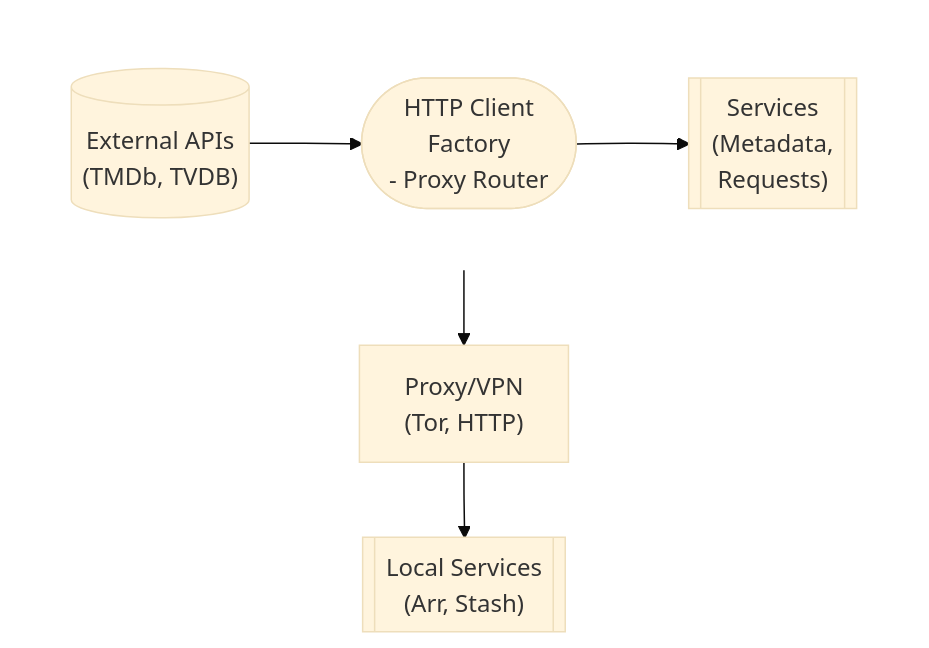
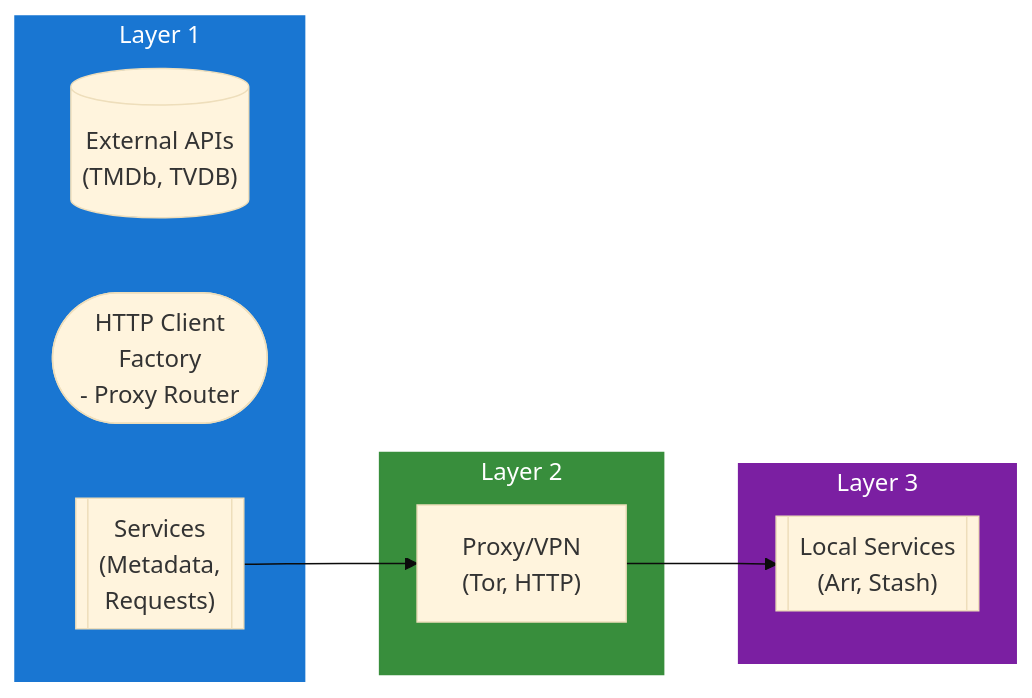
One commit to lusoris/revenge changed the diagram in docs/dev/design/services/HTTP_CLIENT.md. Above: the diagram before and after it, drawn with Mermaid (base theme). The commit also changed 215 other files, not shown here.

First line of the commit message:
feat(diagrams): convert all ASCII diagrams to Mermaid with LR subgraphs

````diff
--- a/docs/dev/design/services/HTTP_CLIENT.md
+++ b/docs/dev/design/services/HTTP_CLIENT.md
@@ -126,18 +126,25 @@
 ```mermaid
-flowchart TD
-    subgraph row1[ ]
-        direction LR
+flowchart LR
+    subgraph Layer1["Layer 1"]
         node1[("External APIs<br/>(TMDb, TVDB)")]
         node2(["HTTP Client<br/>Factory<br/>- Proxy Router"])
         node3[["Services<br/>(Metadata,<br/>Requests)"]]
     end
-    node4["Proxy/VPN<br/>(Tor, HTTP)"]
-    node5[["Local Services<br/>(Arr, Stash)"]]
-    node1 --> node2
-    node2 --> node3
+
+    subgraph Layer2["Layer 2"]
+        node4["Proxy/VPN<br/>(Tor, HTTP)"]
+    end
+
+    subgraph Layer3["Layer 3"]
+        node5[["Local Services<br/>(Arr, Stash)"]]
+    end
+
+    %% Connections
     node3 --> node4
     node4 --> node5
 
-    %% Hide row subgraph borders
-    style row1 fill:transparent,stroke:transparent
+    %% Styling
+    style Layer1 fill:#1976D2,stroke:#1976D2,color:#fff
+    style Layer2 fill:#388E3C,stroke:#388E3C,color:#fff
+    style Layer3 fill:#7B1FA2,stroke:#7B1FA2,color:#fff
 ```
````
